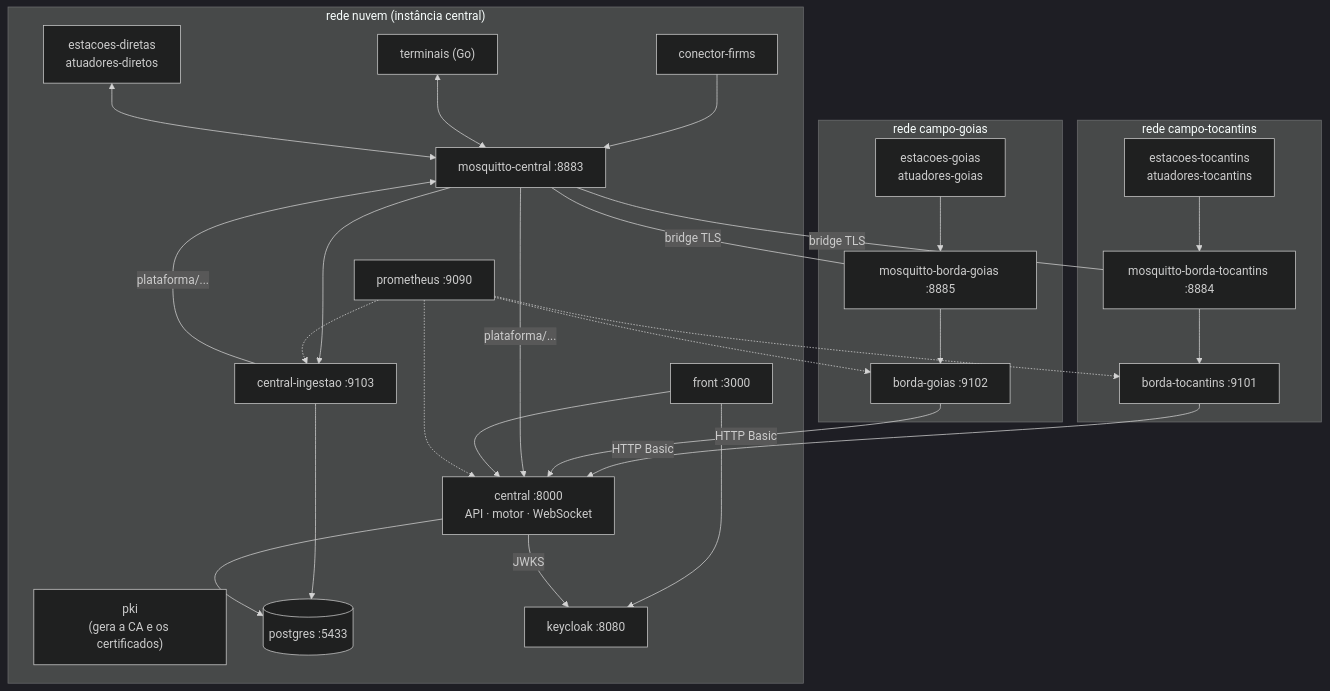
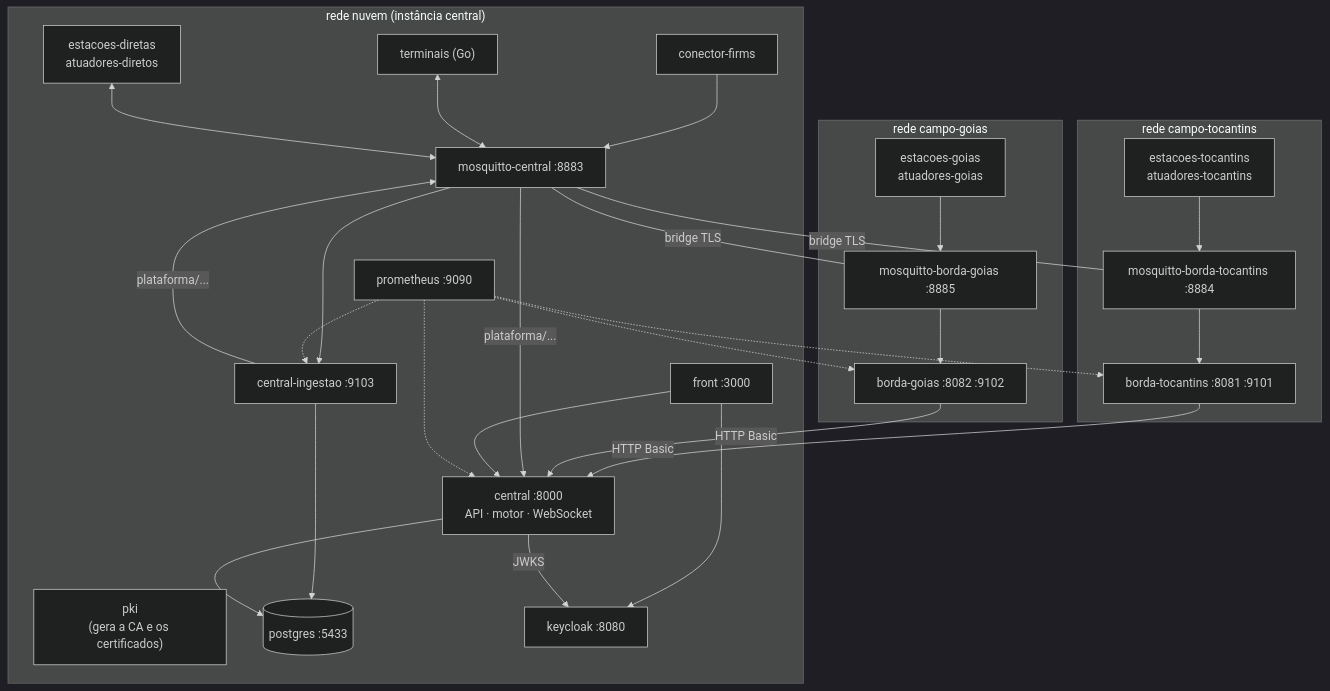
One commit to carolware/projeto-iot changed the third of 5 diagrams in docs/arquitetura.md. Above: the diagram before and after it, drawn with Mermaid (dark theme). The commit also changed other lines of this file and 27 other files, not shown here.

````diff
--- a/docs/arquitetura.md
+++ b/docs/arquitetura.md
@@ -134,46 +134,46 @@
 ```mermaid
 flowchart TB
   subgraph NUVEM["rede nuvem (instância central)"]
     pki["pki<br/>(gera a CA e os certificados)"]
     mqc["mosquitto-central :8883"]
     central["central :8000<br/>API · motor · WebSocket"]
     ing["central-ingestao :9103"]
     pg[("postgres :5433")]
     kc["keycloak :8080"]
     prom["prometheus :9090"]
     front["front :3000"]
     firms["conector-firms"]
     term["terminais (Go)"]
     dir["estacoes-diretas<br/>atuadores-diretos"]
   end
   subgraph TO["rede campo-tocantins"]
     mqt["mosquitto-borda-tocantins :8884"]
-    bt["borda-tocantins :9101"]
+    bt["borda-tocantins :8081 :9101"]
     et["estacoes-tocantins<br/>atuadores-tocantins"]
   end
   subgraph GO["rede campo-goias"]
     mqg["mosquitto-borda-goias :8885"]
-    bg["borda-goias :9102"]
+    bg["borda-goias :8082 :9102"]
     eg["estacoes-goias<br/>atuadores-goias"]
   end
   et --> mqt --> bt
   eg --> mqg --> bg
   bt -- "HTTP Basic" --> central
   bg -- "HTTP Basic" --> central
   mqc -- "bridge TLS" --- mqt
   mqc -- "bridge TLS" --- mqg
   firms --> mqc
   term <--> mqc
   dir <--> mqc
   mqc --> ing --> pg
   central --> pg
   ing -- "plataforma/..." --> mqc
   mqc -- "plataforma/..." --> central
   front --> central
   front --> kc
   central -- JWKS --> kc
   prom -.-> central
   prom -.-> ing
   prom -.-> bt
   prom -.-> bg
 ```
````
